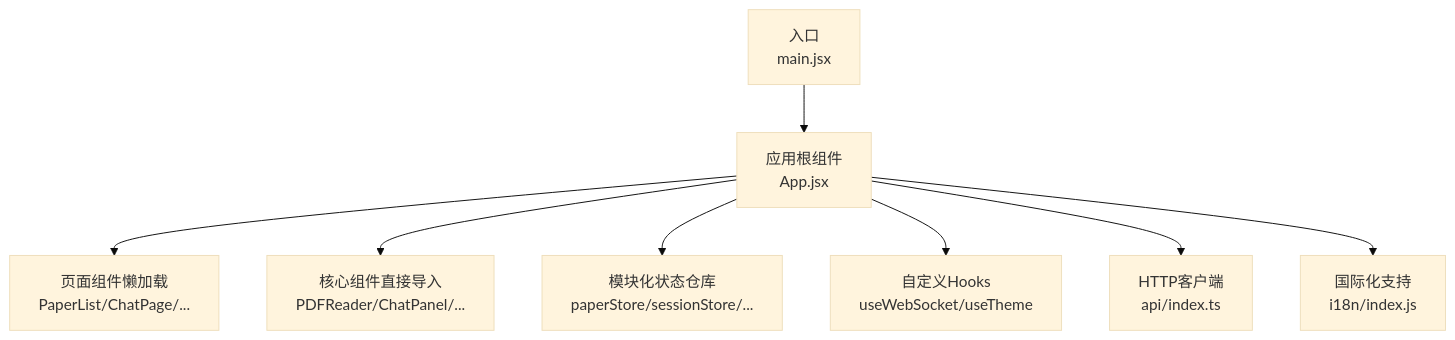
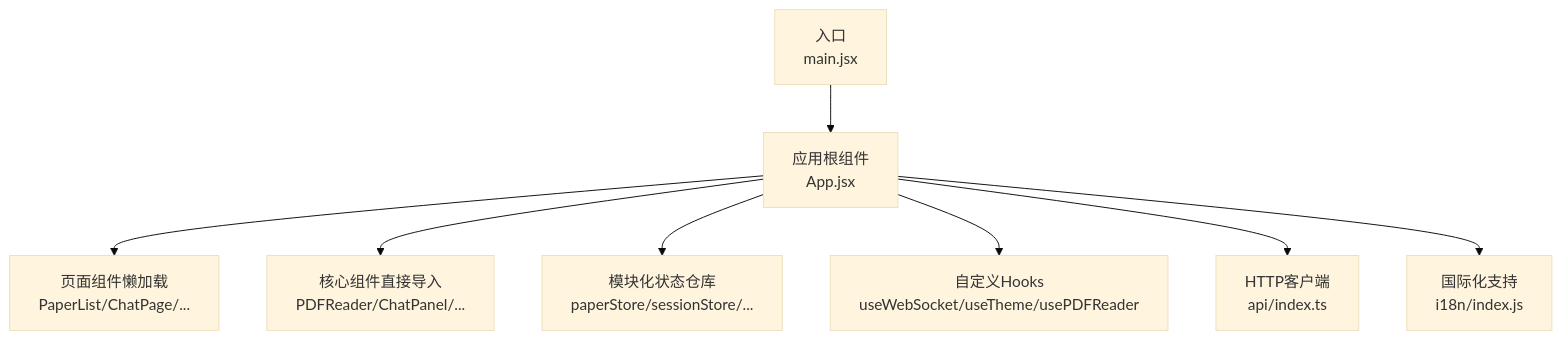
Before and after one commit to laohanhahaha/PaperChat: the first of 10 diagrams in .qoder/repowiki/zh/content/前端系统/前端系统.md, drawn with Mermaid (base theme). The commit also changed other lines of this file and 59 other files, not shown here.

````diff
--- a/.qoder/repowiki/zh/content/前端系统/前端系统.md
+++ b/.qoder/repowiki/zh/content/前端系统/前端系统.md
@@ -79,10 +91,10 @@
 ```mermaid
 graph TB
 A["入口<br/>main.jsx"] --> B["应用根组件<br/>App.jsx"]
 B --> C["页面组件懒加载<br/>PaperList/ChatPage/..."]
 B --> D["核心组件直接导入<br/>PDFReader/ChatPanel/..."]
 B --> E["模块化状态仓库<br/>paperStore/sessionStore/..."]
-B --> F["自定义Hooks<br/>useWebSocket/useTheme"]
+B --> F["自定义Hooks<br/>useWebSocket/useTheme/usePDFReader"]
 B --> G["HTTP客户端<br/>api/index.ts"]
 B --> H["国际化支持<br/>i18n/index.js"]
 ```
````
